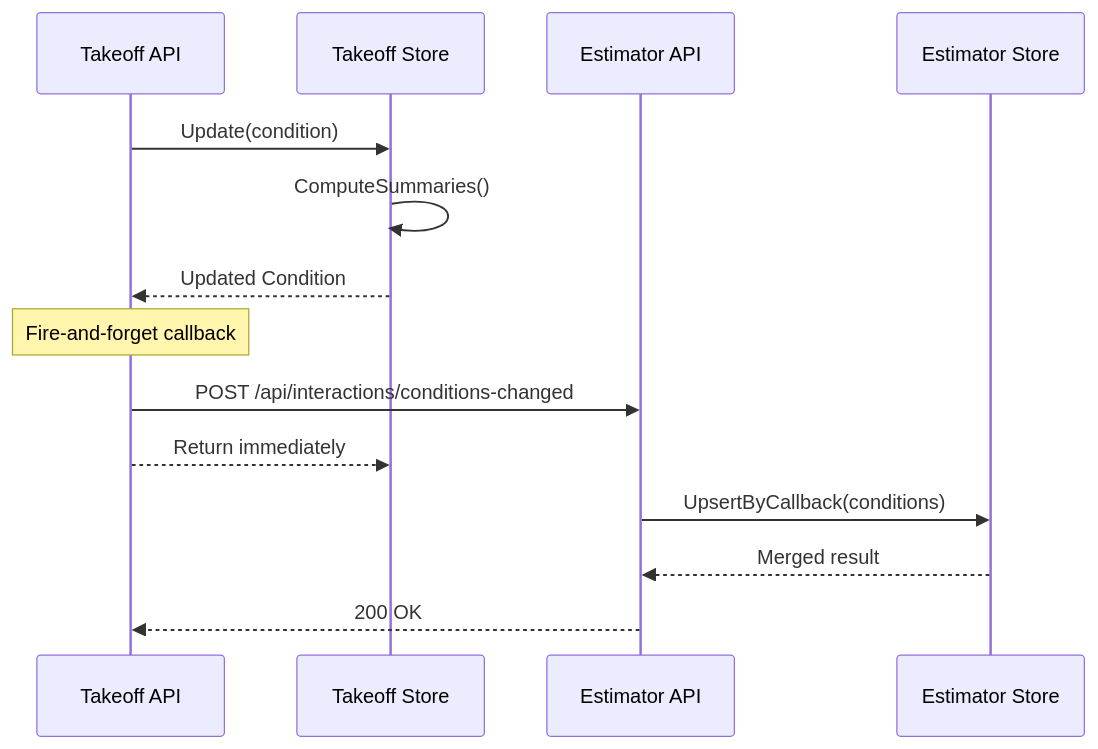
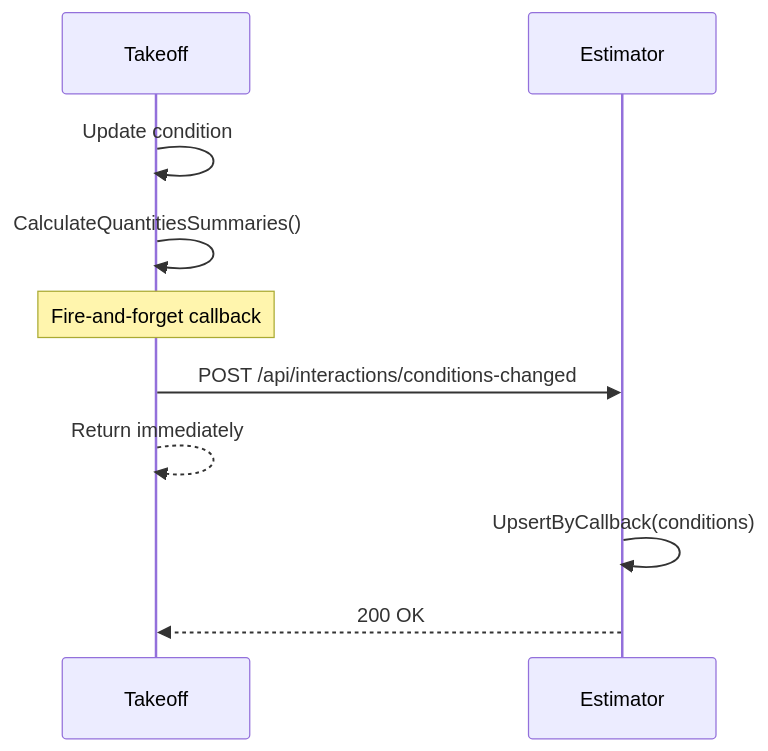
Before and after one commit to pkarabut-bw/embedded-integration: the second of 7 diagrams in docs/contract-diagrams.md, drawn with Mermaid. The commit also changed other lines of this file, not shown here.

Commit message:
updated diagrams

````diff
--- a/docs/contract-diagrams.md
+++ b/docs/contract-diagrams.md
@@ -54,19 +54,15 @@
 ```mermaid
 sequenceDiagram
-    participant TakeoffAPI as Takeoff API
-    participant TakeoffStore as Takeoff Store
-    participant EstimatorAPI as Estimator API
-    participant EstimatorStore as Estimator Store
+    participant Takeoff
+    participant Estimator
     
-    TakeoffAPI->>TakeoffStore: Update(condition)
-    TakeoffStore->>TakeoffStore: ComputeSummaries()
-    TakeoffStore-->>TakeoffAPI: Updated Condition
+    Takeoff->>Takeoff: Update condition
+    Takeoff->>Takeoff: CalculateQuantitiesSummaries()
     
-    Note over TakeoffAPI: Fire-and-forget callback
-    TakeoffAPI->>EstimatorAPI: POST /api/interactions/conditions-changed
-    TakeoffAPI-->>TakeoffStore: Return immediately
+    Note over Takeoff: Fire-and-forget callback
+    Takeoff->>Estimator: POST /api/interactions/conditions-changed
+    Takeoff-->>Takeoff: Return immediately
     
-    EstimatorAPI->>EstimatorStore: UpsertByCallback(conditions)
-    EstimatorStore-->>EstimatorAPI: Merged result
-    EstimatorAPI-->>TakeoffAPI: 200 OK
+    Estimator->>Estimator: UpsertByCallback(conditions)
+    Estimator-->>Takeoff: 200 OK
 ```
````
